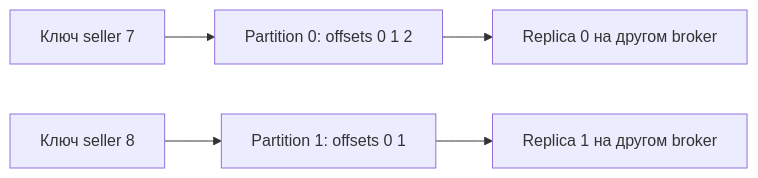
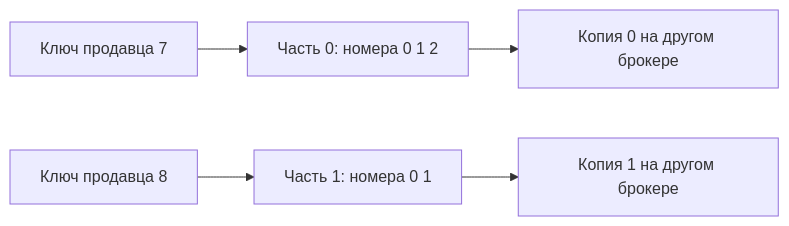
Before and after one commit to leary1337/vault: the diagram in docs/messaging/kafka/topics-partitions-replication.md, drawn with Mermaid. The commit also changed other lines of this file and 325 other files, not shown here.

````diff
--- a/docs/messaging/kafka/topics-partitions-replication.md
+++ b/docs/messaging/kafka/topics-partitions-replication.md
@@ -40,7 +32,7 @@
 ```mermaid
 flowchart LR
-    A[Ключ seller 7] --> P0[Partition 0: offsets 0 1 2]
-    B[Ключ seller 8] --> P1[Partition 1: offsets 0 1]
-    P0 --> R01[Replica 0 на другом broker]
-    P1 --> R11[Replica 1 на другом broker]
+    A[Ключ продавца 7] --> P0[Часть 0: номера 0 1 2]
+    B[Ключ продавца 8] --> P1[Часть 1: номера 0 1]
+    P0 --> R01[Копия 0 на другом брокере]
+    P1 --> R11[Копия 1 на другом брокере]
 ```
````
